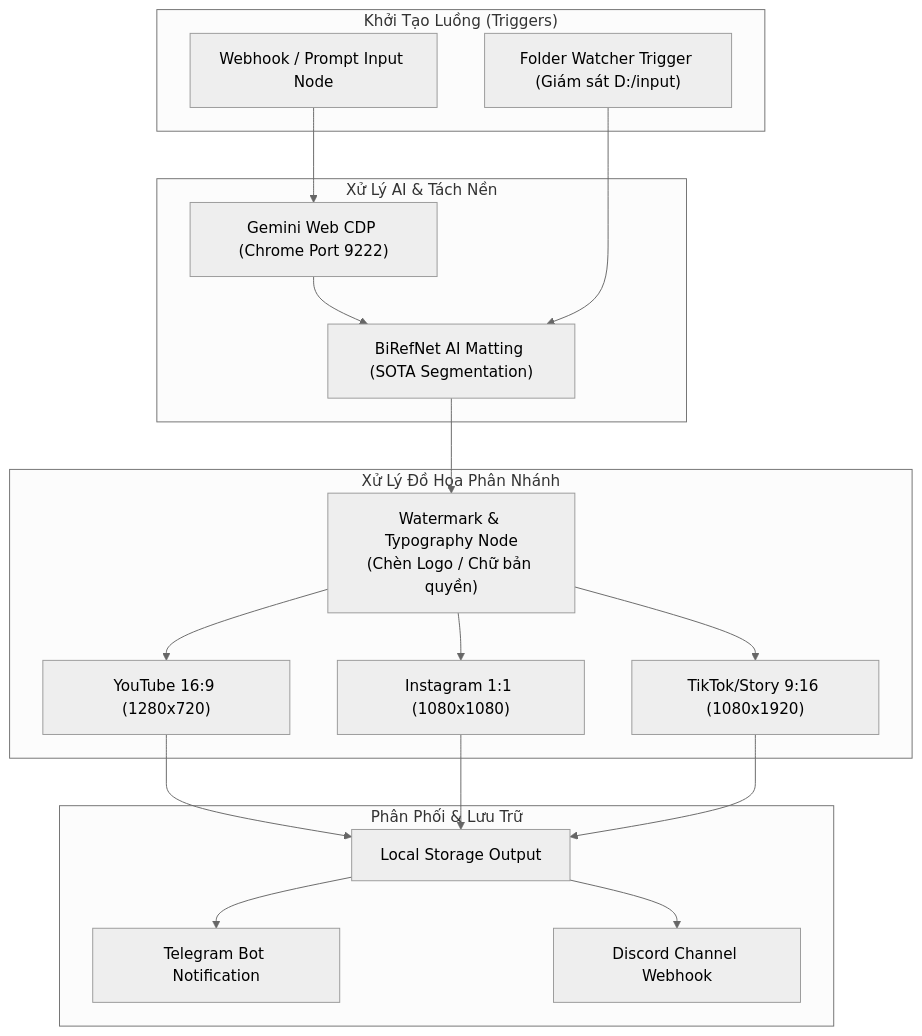
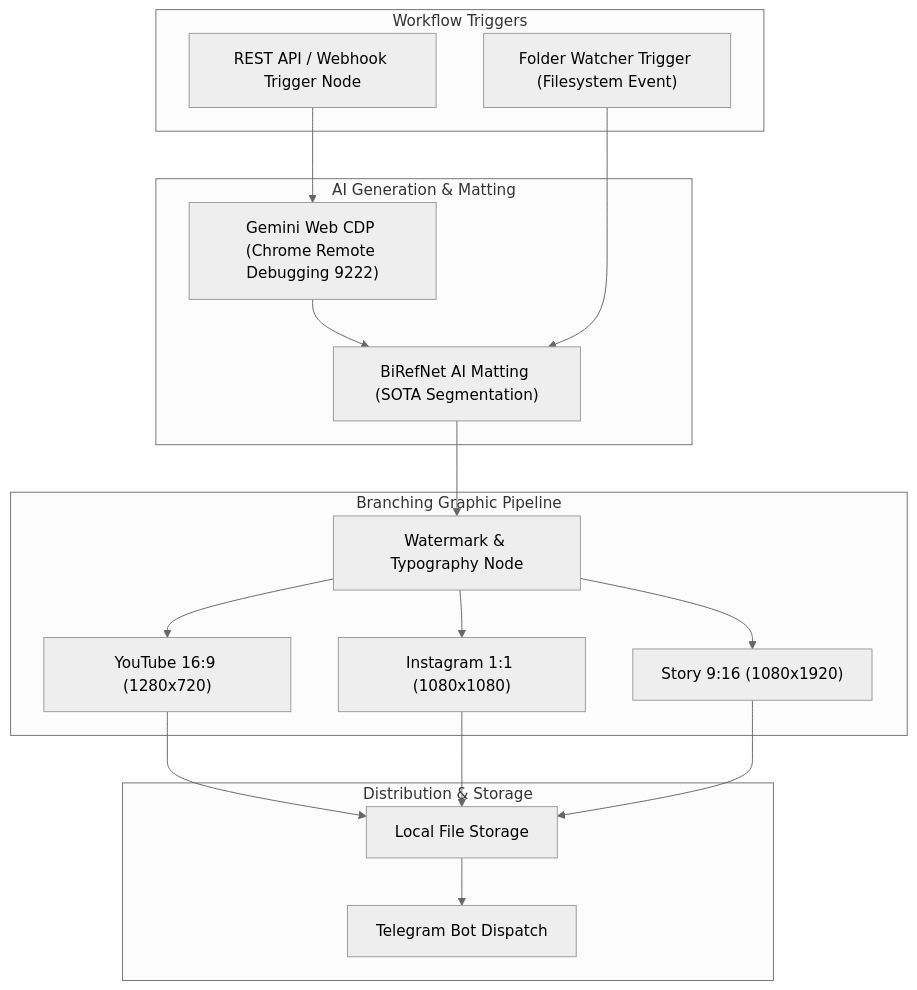
Before and after one commit to Youth-Garden/studio: the diagram in docs/plans/full_feature_plan.md, drawn with Mermaid (neutral theme). The commit also changed other lines of this file and 9 other files, not shown here.

Commit message:
docs: standardize skills and architecture specs to English with DoD checklists, refactor shared constants and i18n

````diff
--- a/docs/plans/full_feature_plan.md
+++ b/docs/plans/full_feature_plan.md
@@ -28,32 +31,31 @@
 ```mermaid
 flowchart TD
-    subgraph Triggers ["Khởi Tạo Luồng (Triggers)"]
-        T1["Webhook / Prompt Input Node"]
-        T2["Folder Watcher Trigger (Giám sát D:/input)"]
+    subgraph Triggers ["Workflow Triggers"]
+        T1["REST API / Webhook Trigger Node"]
+        T2["Folder Watcher Trigger (Filesystem Event)"]
     end
 
-    subgraph AI_Core ["Xử Lý AI & Tách Nền"]
-        G["Gemini Web CDP (Chrome Port 9222)"]
+    subgraph AI_Core ["AI Generation & Matting"]
+        G["Gemini Web CDP (Chrome Remote Debugging 9222)"]
         B["BiRefNet AI Matting (SOTA Segmentation)"]
     end
 
-    subgraph Graphic_Pipeline ["Xử Lý Đồ Họa Phân Nhánh"]
-        WM["Watermark & Typography Node\n(Chèn Logo / Chữ bản quyền)"]
+    subgraph Graphic_Pipeline ["Branching Graphic Pipeline"]
+        WM["Watermark & Typography Node"]
         M1["YouTube 16:9 (1280x720)"]
         M2["Instagram 1:1 (1080x1080)"]
-        M3["TikTok/Story 9:16 (1080x1920)"]
+        M3["Story 9:16 (1080x1920)"]
     end
 
-    subgraph Output_Distribution ["Phân Phối & Lưu Trữ"]
-        O_Disk["Local Storage Output"]
-        O_Tele["Telegram Bot Notification"]
-        O_Disc["Discord Channel Webhook"]
+    subgraph Output_Distribution ["Distribution & Storage"]
+        O_Disk["Local File Storage"]
+        O_Tele["Telegram Bot Dispatch"]
     end
 
     T1 --> G --> B
     T2 --> B
     B --> WM
     WM --> M1 & M2 & M3
     M1 & M2 & M3 --> O_Disk
-    O_Disk --> O_Tele & O_Disc
+    O_Disk --> O_Tele
 ```
````
